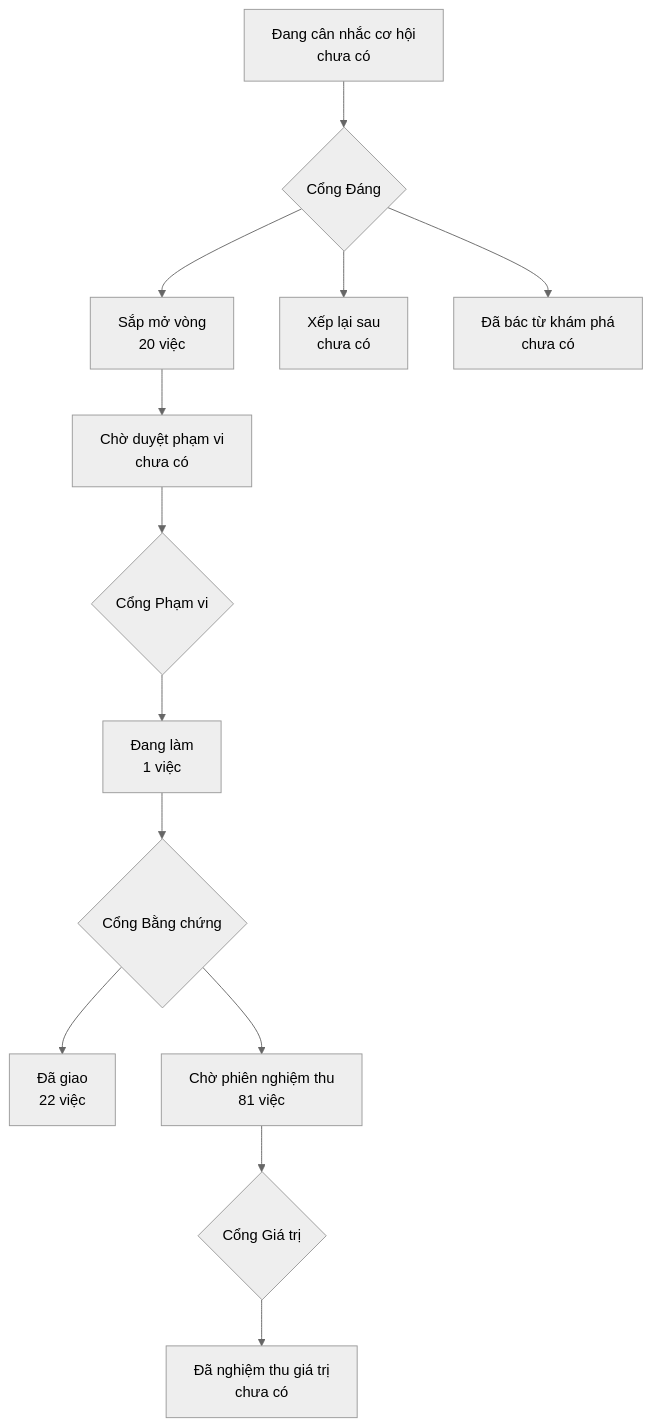
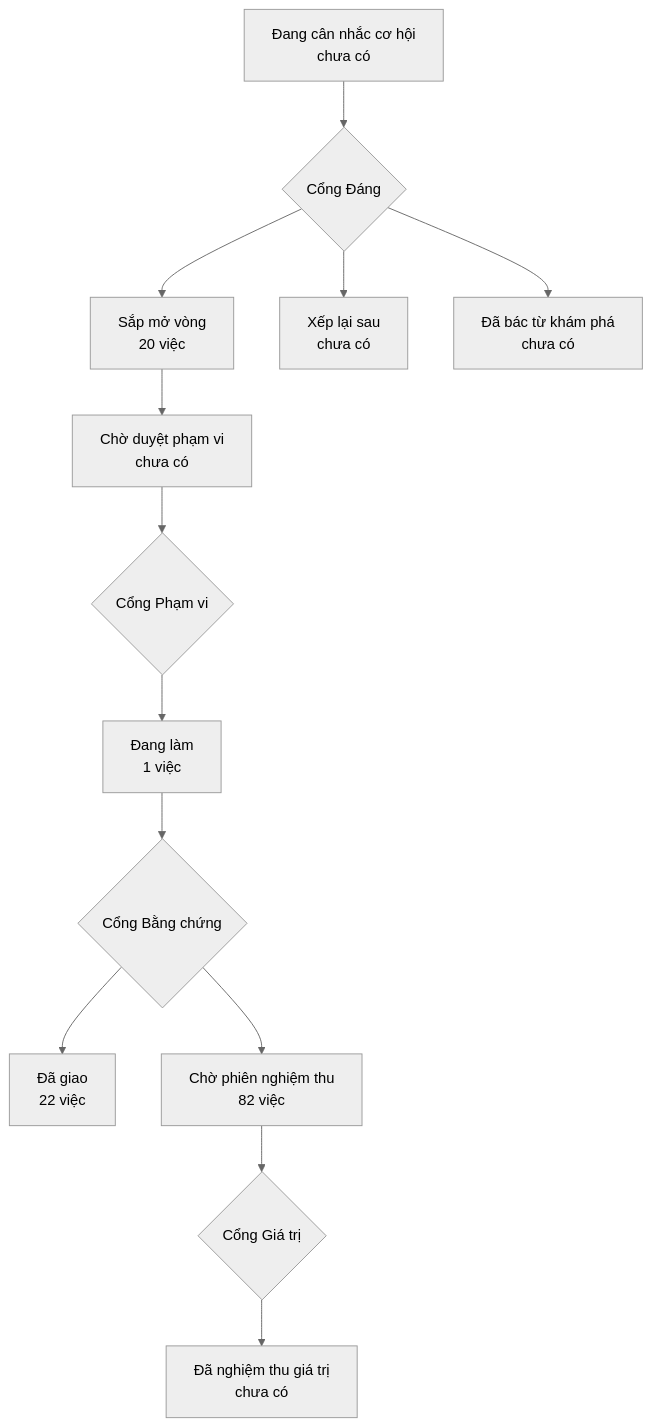
Before and after one commit to phanlemanh/onehub-quy-hang: the diagram in PRODUCT-MAP.md, drawn with Mermaid (neutral theme). The commit also changed other lines of this file and 1 other file, not shown here.

Commit message:
chore(map): vẽ lại bản đồ sản phẩm và lộ trình sau gộp main

````diff
--- a/PRODUCT-MAP.md
+++ b/PRODUCT-MAP.md
@@ -7,12 +7,12 @@
 ```mermaid
 flowchart TD
   A["Đang cân nhắc cơ hội<br/>chưa có"] --> GD{"Cổng Đáng"}
   GD --> B["Sắp mở vòng<br/>20 việc"]
   GD --> XL["Xếp lại sau<br/>chưa có"]
   GD --> DB["Đã bác từ khám phá<br/>chưa có"]
   B --> CD["Chờ duyệt phạm vi<br/>chưa có"] --> GP{"Cổng Phạm vi"}
   GP --> DL["Đang làm<br/>1 việc"] --> GB{"Cổng Bằng chứng"}
   GB --> DG["Đã giao<br/>22 việc"]
-  GB --> CN["Chờ phiên nghiệm thu<br/>81 việc"] --> GG{"Cổng Giá trị"}
+  GB --> CN["Chờ phiên nghiệm thu<br/>82 việc"] --> GG{"Cổng Giá trị"}
   GG --> NT["Đã nghiệm thu giá trị<br/>chưa có"]
 ```
````
